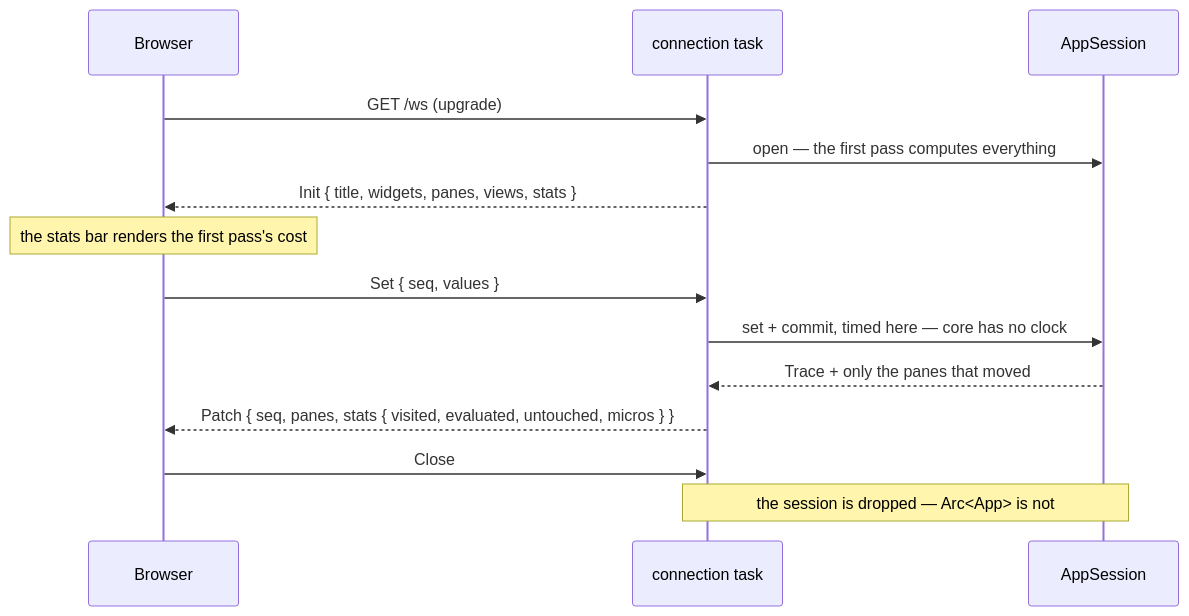
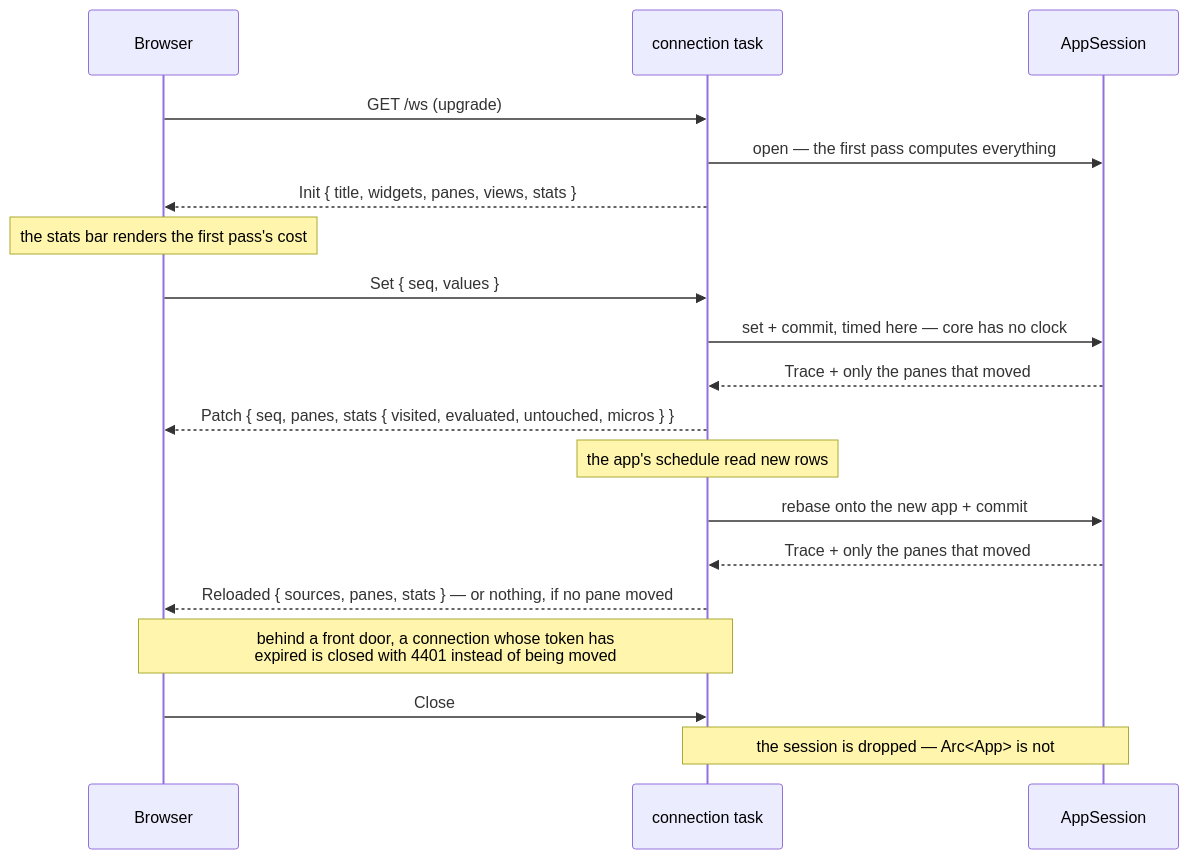
Before and after one commit to lucheeseng827/dagpane: the second of 2 diagrams in crates/serve/README.md, drawn with Mermaid. The commit also changed other lines of this file and 103 other files, not shown here.

````diff
--- a/crates/serve/README.md
+++ b/crates/serve/README.md
@@ -150,19 +212,25 @@
 ```mermaid
 sequenceDiagram
     participant B as Browser
     participant C as connection task
     participant A as AppSession
 
     B->>C: GET /ws (upgrade)
     C->>A: open — the first pass computes everything
     C-->>B: Init { title, widgets, panes, views, stats }
     Note over B: the stats bar renders the first pass's cost
 
     B->>C: Set { seq, values }
     C->>A: set + commit, timed here — core has no clock
     A-->>C: Trace + only the panes that moved
     C-->>B: Patch { seq, panes, stats { visited, evaluated, untouched, micros } }
 
+    Note over C: the app's schedule read new rows
+    C->>A: rebase onto the new app + commit
+    A-->>C: Trace + only the panes that moved
+    C-->>B: Reloaded { sources, panes, stats } — or nothing, if no pane moved
+    Note over C,B: behind a front door, a connection whose token has<br/>expired is closed with 4401 instead of being moved
+
     B->>C: Close
     Note over C,A: the session is dropped — Arc<App> is not
 ```
````
